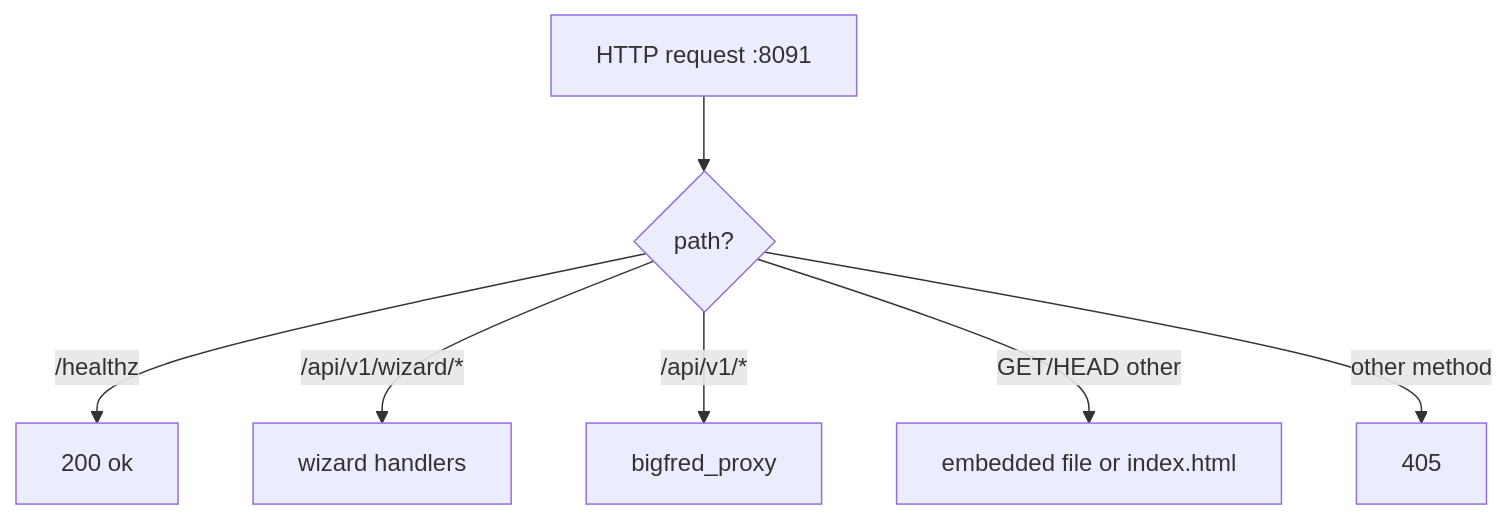
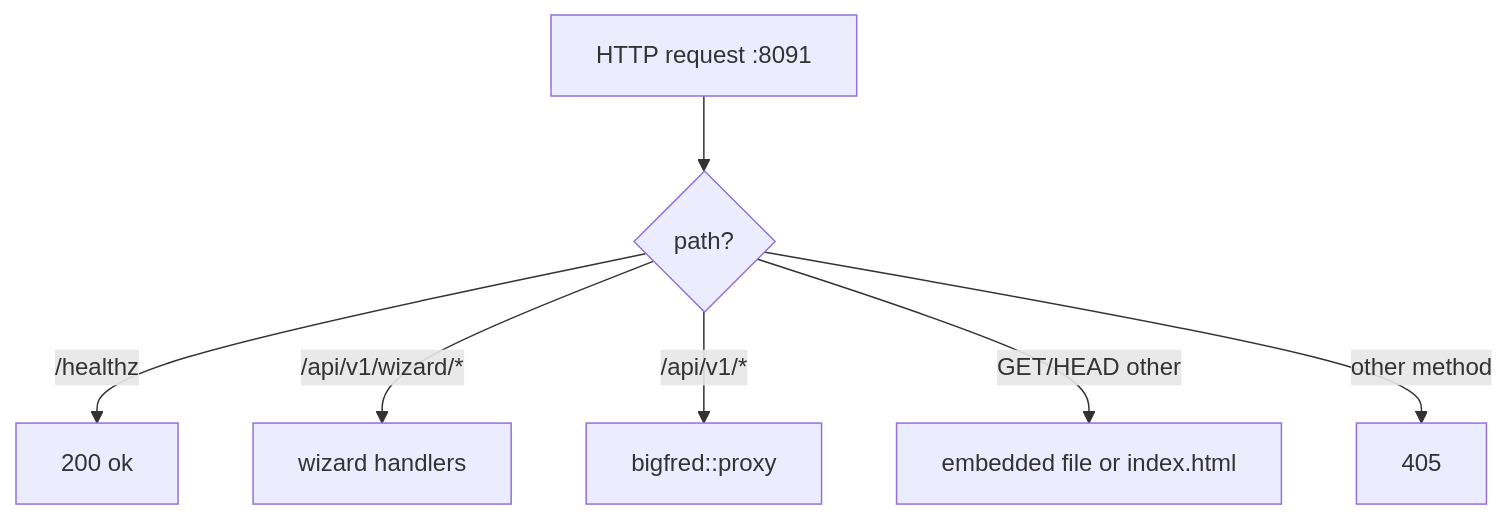
The second of 3 diagrams in ARCHITECTURE.md (dcc-bigfred/bigfred-wizard), drawn with Mermaid before and after one commit. The commit also changed other lines of this file and 20 other files, not shown here.

````diff
--- a/ARCHITECTURE.md
+++ b/ARCHITECTURE.md
@@ -175,9 +172,9 @@
 ```mermaid
 flowchart TD
     Req["HTTP request :8091"] --> H{"path?"}
     H -->|"/healthz"| OK["200 ok"]
     H -->|"/api/v1/wizard/*"| W["wizard handlers"]
-    H -->|"/api/v1/*"| P["bigfred_proxy"]
+    H -->|"/api/v1/*"| P["bigfred::proxy"]
     H -->|"GET/HEAD other"| SPA["embedded file or index.html"]
     H -->|"other method"| NA["405"]
 ```
````
